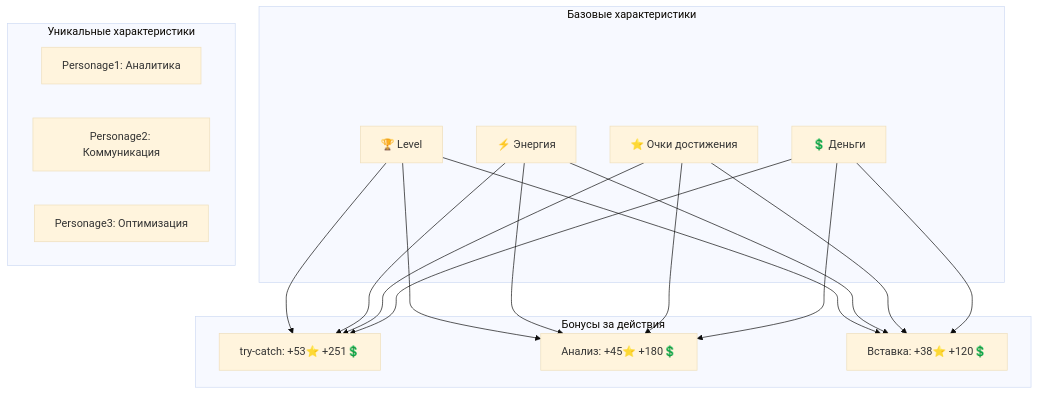
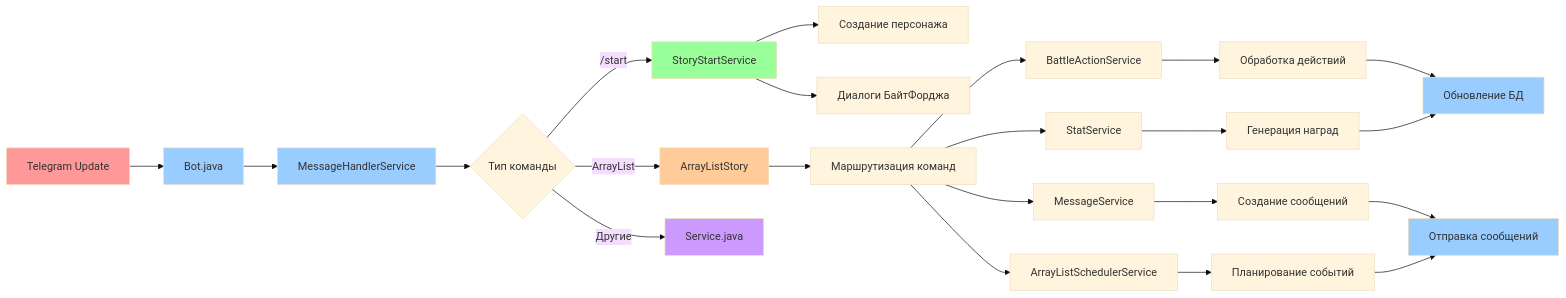
Diagram 11 of 11 in STORY_DIAGRAMS.md (CodeHacker23/TG_BOT_PRAKTIKA_18_05_25), drawn with Mermaid (base theme) before and after one commit. The commit also changed other lines of this file and 13 other files, not shown here.

````diff
--- a/STORY_DIAGRAMS.md
+++ b/STORY_DIAGRAMS.md
@@ -331,34 +470,38 @@
 ```mermaid
-graph TB
-    subgraph "Базовые характеристики"
-        A[🏆 Level]
-        B[⚡ Энергия]
-        C[⭐ Очки достижения]
-        D[💲 Деньги]
-    end
+flowchart LR
+    A[Telegram Update] --> B[Bot.java]
+    B --> C[MessageHandlerService]
+    C --> D{Тип команды}
     
-    subgraph "Уникальные характеристики"
-        E[Personage1: Аналитика]
-        F[Personage2: Коммуникация]
-        G[Personage3: Оптимизация]
-    end
+    D -->|/start| E[StoryStartService]
+    D -->|ArrayList| F[ArrayListStory]
+    D -->|Другие| G[Service.java]
     
-    subgraph "Бонусы за действия"
-        H[try-catch: +53⭐ +251💲]
-        I[Анализ: +45⭐ +180💲]
-        J[Вставка: +38⭐ +120💲]
-    end
+    E --> H[Создание персонажа]
+    E --> I[Диалоги БайтФорджа]
     
-    A --> H
-    A --> I
-    A --> J
-    B --> H
-    B --> I
-    B --> J
-    C --> H
-    C --> I
-    C --> J
-    D --> H
-    D --> I
-    D --> J
+    F --> J[Маршрутизация команд]
+    J --> K[BattleActionService]
+    J --> L[MessageService]
+    J --> M[StatService]
+    J --> N[ArrayListSchedulerService]
+    
+    K --> O[Обработка действий]
+    L --> P[Создание сообщений]
+    M --> Q[Генерация наград]
+    N --> R[Планирование событий]
+    
+    O --> S[Обновление БД]
+    P --> T[Отправка сообщений]
+    Q --> S
+    R --> T
+    
+    style A fill:#ff9999
+    style B fill:#99ccff
+    style C fill:#99ccff
+    style E fill:#99ff99
+    style F fill:#ffcc99
+    style G fill:#cc99ff
+    style S fill:#99ccff
+    style T fill:#99ccff
 ```
````
